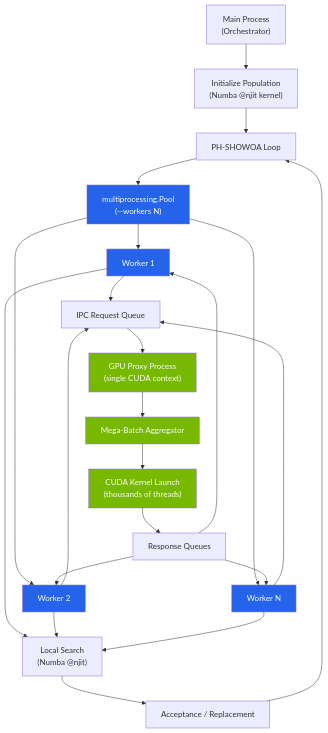
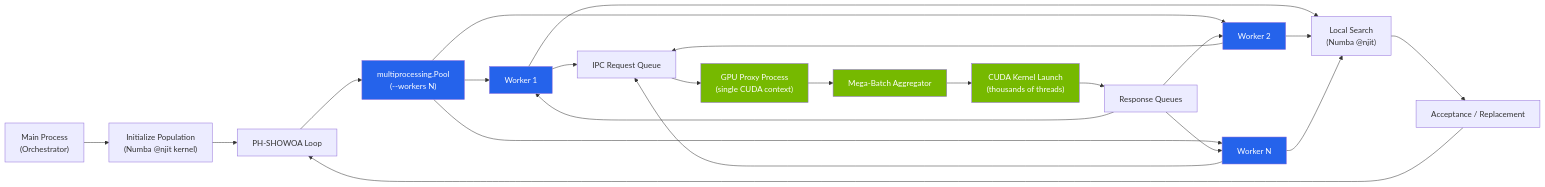
One commit to keith1101/PH-SHOWOA changed the second of 2 diagrams in README.md. Above: the diagram before and after it, drawn with Mermaid. The commit also changed other lines of this file, not shown here.

````diff
--- a/README.md
+++ b/README.md
@@ -159,38 +159,38 @@
 ```mermaid
-flowchart TD
+flowchart LR
     M["Main Process<br/>(Orchestrator)"] --> INIT["Initialize Population<br/>(Numba @njit kernel)"]
     INIT --> LOOP["PH-SHOWOA Loop"]
     LOOP --> POOL["multiprocessing.Pool<br/>(--workers N)"]
 
     POOL --> W1["Worker 1"]
     POOL --> W2["Worker 2"]
     POOL --> WN["Worker N"]
 
     W1 --> Q["IPC Request Queue"]
     W2 --> Q
     WN --> Q
 
     Q --> GPU["GPU Proxy Process<br/>(single CUDA context)"]
     GPU --> MB["Mega-Batch Aggregator"]
     MB --> KERN["CUDA Kernel Launch<br/>(thousands of threads)"]
     KERN --> RQ["Response Queues"]
 
     RQ --> W1
     RQ --> W2
     RQ --> WN
 
     W1 --> LS["Local Search<br/>(Numba @njit)"]
     W2 --> LS
     WN --> LS
 
     LS --> ACC["Acceptance / Replacement"]
     ACC --> LOOP
 
     style GPU fill:#76b900,color:#fff
     style KERN fill:#76b900,color:#fff
     style MB fill:#76b900,color:#fff
     style W1 fill:#2563eb,color:#fff
     style W2 fill:#2563eb,color:#fff
     style WN fill:#2563eb,color:#fff
     style POOL fill:#2563eb,color:#fff
 ```
````
